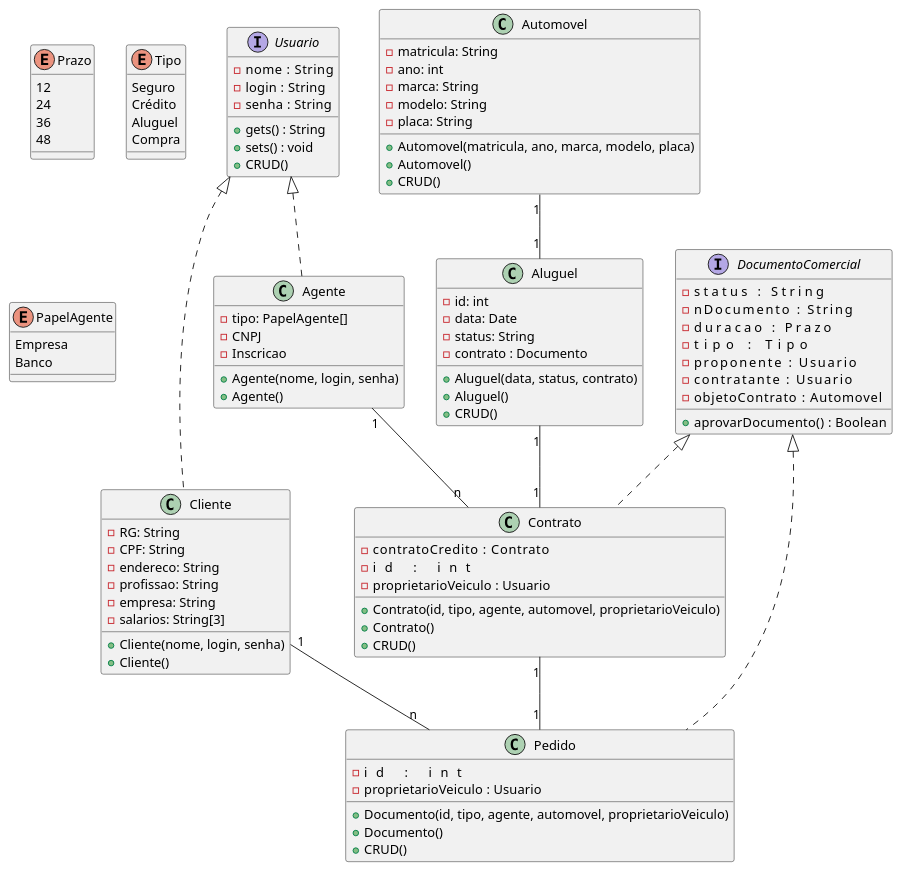
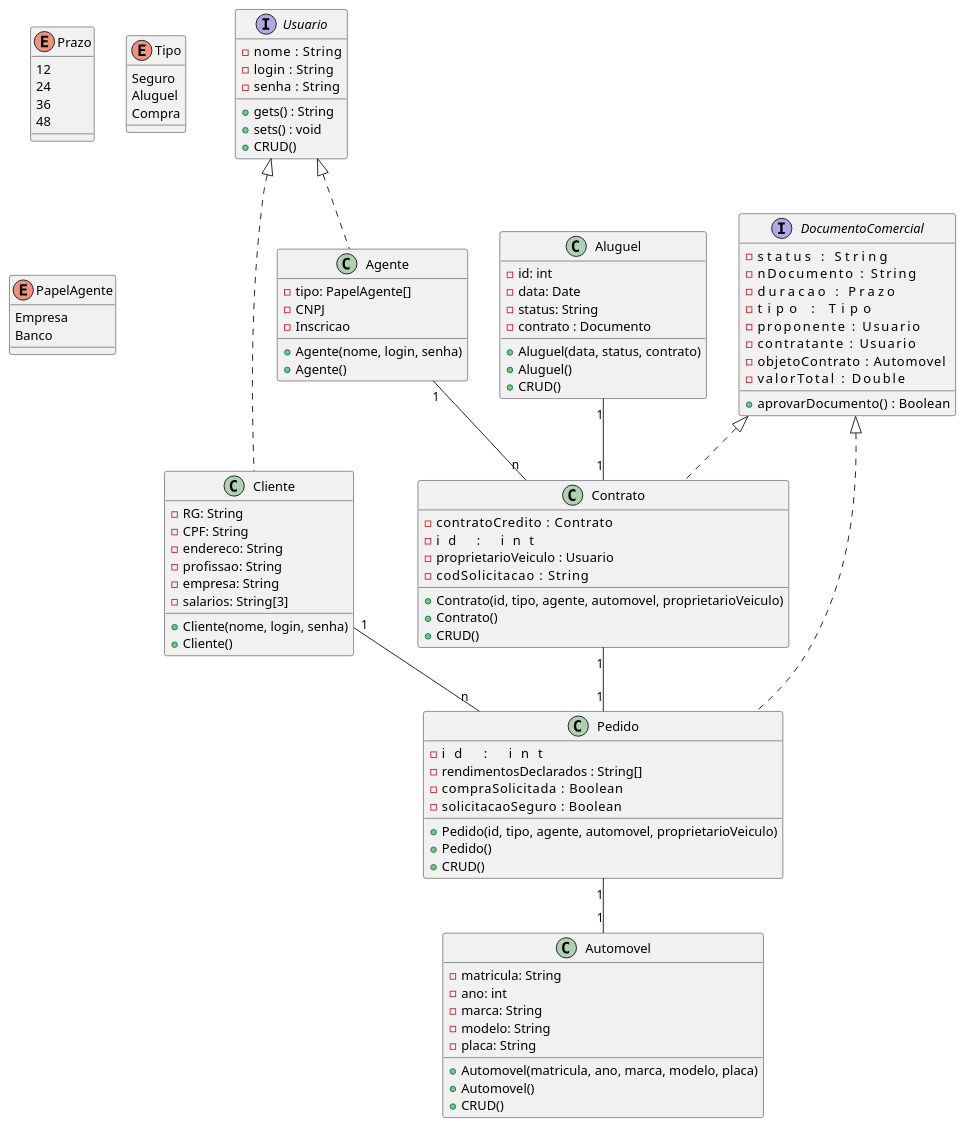
The diagram in Lab02-Desenv-Software/projeto/Diagramas/Diagrama de Classes/Diagrama_de_Classe.puml (Artureba/Lab02_LDS), drawn with PlantUML before and after one commit. The commit also changed 43 other files, not shown here.

```diff
--- a/Lab02-Desenv-Software/projeto/Diagramas/Diagrama de Classes/Diagrama_de_Classe.puml
+++ b/Lab02-Desenv-Software/projeto/Diagramas/Diagrama de Classes/Diagrama_de_Classe.puml
@@ -1,107 +1,110 @@
 @startuml Sistema de Aluguel de Carros
 
 interface Usuario{
     -nome   : String
     -login  : String
     -senha  : String
     +gets() : String
     +sets() : void
     +CRUD()
 }
 
 class Cliente implements Usuario {
     +Cliente(nome, login, senha)
     +Cliente()
     -RG: String
     -CPF: String
     -endereco: String
     -profissao: String
     -empresa: String
     -salarios: String[3]
 }
 
 
 class Aluguel {
     +Aluguel(data, status, contrato)
     +Aluguel()
     -id: int
     -data: Date
     -status: String
     -contrato : Documento
 
     +CRUD()
 }
 
 enum Prazo {
     12
     24
     36
     48
 }
 
 enum Tipo {
     Seguro
-    Crédito
     Aluguel
     Compra
 }
 
 enum PapelAgente {
     Empresa
     Banco
 }
 
 class Agente implements Usuario{
    -tipo: PapelAgente[]
    -CNPJ
    -Inscricao
    +Agente(nome, login, senha)
    +Agente()
 }
 
 class Automovel {
     +Automovel(matricula, ano, marca, modelo, placa)
     +Automovel()
     -matricula: String
     -ano: int
     -marca: String
     -modelo: String
     -placa: String
     +CRUD()
 }
 
 class Contrato implements DocumentoComercial{
     +Contrato(id, tipo, agente, automovel, proprietarioVeiculo)
     +Contrato()
     -contratoCredito      : Contrato
     -id                   : int
     -proprietarioVeiculo  : Usuario
+    -codSolicitacao       : String
     +CRUD()
 }
 
 class Pedido implements DocumentoComercial{
-    +Documento(id, tipo, agente, automovel, proprietarioVeiculo)
-    +Documento()
-    -id                   : int
-    -proprietarioVeiculo  : Usuario
+    +Pedido(id, tipo, agente, automovel, proprietarioVeiculo)
+    +Pedido()
+    -id                    : int
+    -rendimentosDeclarados : String[]
+    -compraSolicitada      : Boolean
+    -solicitacaoSeguro     : Boolean
     +CRUD()
 }
 
 interface DocumentoComercial {
     -status               : String
     -nDocumento           : String
     -duracao              : Prazo
     -tipo                 : Tipo
     -proponente           : Usuario
     -contratante          : Usuario
     -objetoContrato       : Automovel
+    -valorTotal           : Double
     +aprovarDocumento()   : Boolean
 }
 
 Agente    "1" -- "n" Contrato
 Cliente   "1" -- "n" Pedido
 Contrato  "1" -- "1" Pedido
-Automovel "1" -- "1" Aluguel
+Pedido    "1" -- "1" Automovel
 Aluguel   "1" -- "1" Contrato
  
 @enduml
```
